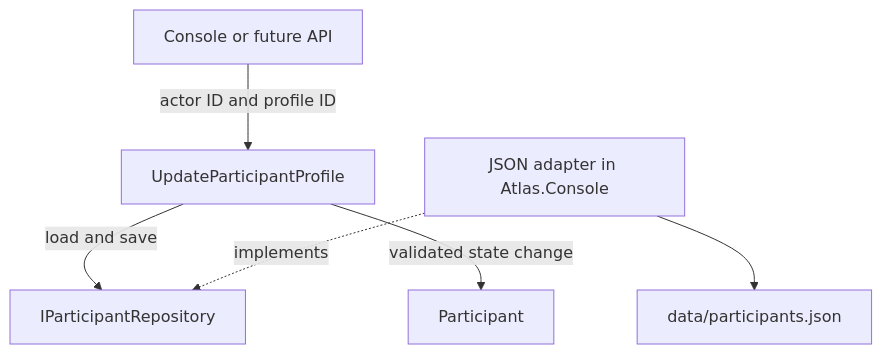
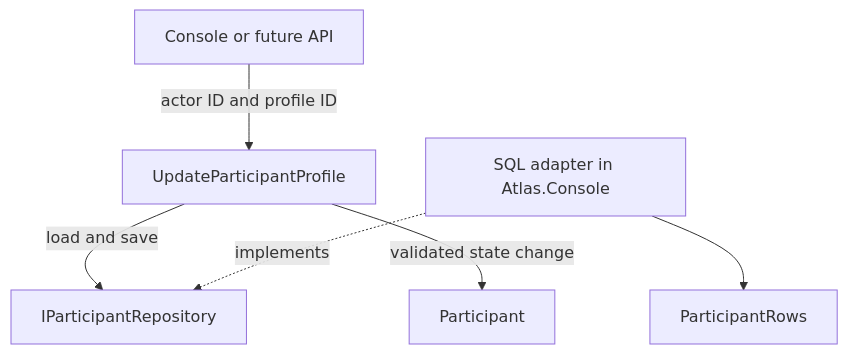
Before and after one commit to williamowen65/atlas-the-public-think-tank: the first of 6 diagrams in src/Atlas.Participants/README.md, drawn with Mermaid. The commit also changed other lines of this file and 41 other files, not shown here.

Commit message:
docs: align blackboards and architecture with SQL Server persistence

````diff
--- a/src/Atlas.Participants/README.md
+++ b/src/Atlas.Participants/README.md
@@ -9,15 +9,15 @@
 ```mermaid
 flowchart TB
     caller["Console or future API"]
     useCase["UpdateParticipantProfile"]
     repository["IParticipantRepository"]
     entity["Participant"]
-    adapter["JSON adapter in Atlas.Console"]
-    storage["data/participants.json"]
+    adapter["SQL adapter in Atlas.Console"]
+    storage["ParticipantRows"]
 
     caller -->|"actor ID and profile ID"| useCase
     useCase -->|"load and save"| repository
     useCase -->|"validated state change"| entity
     adapter -.->|"implements"| repository
     adapter --> storage
 ```
````
